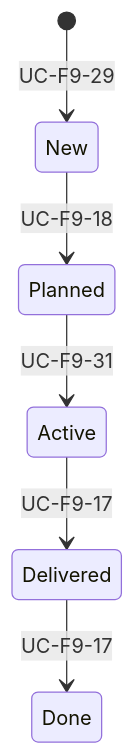
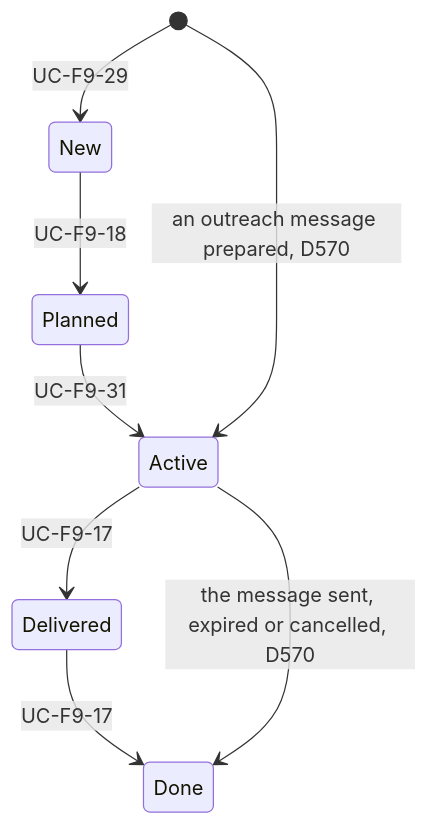
One commit to gpbcom/SimpleERP changed the diagram in docs/specs/02-functional/f09-hr-and-projects/data/e-f09-18-project-and-task.md. Above: the diagram before and after it, drawn with Mermaid. The commit also changed other lines of this file and 8816 other files, not shown here.

````diff
--- a/docs/specs/02-functional/f09-hr-and-projects/data/e-f09-18-project-and-task.md
+++ b/docs/specs/02-functional/f09-hr-and-projects/data/e-f09-18-project-and-task.md
@@ -28,8 +43,10 @@
 ```mermaid
 stateDiagram-v2
   [*] --> New : UC-F9-29
   New --> Planned : UC-F9-18
   Planned --> Active : UC-F9-31
   Active --> Delivered : UC-F9-17
   Delivered --> Done : UC-F9-17
+  [*] --> Active : an outreach message prepared, D570
+  Active --> Done : the message sent, expired or cancelled, D570
 ```
````
